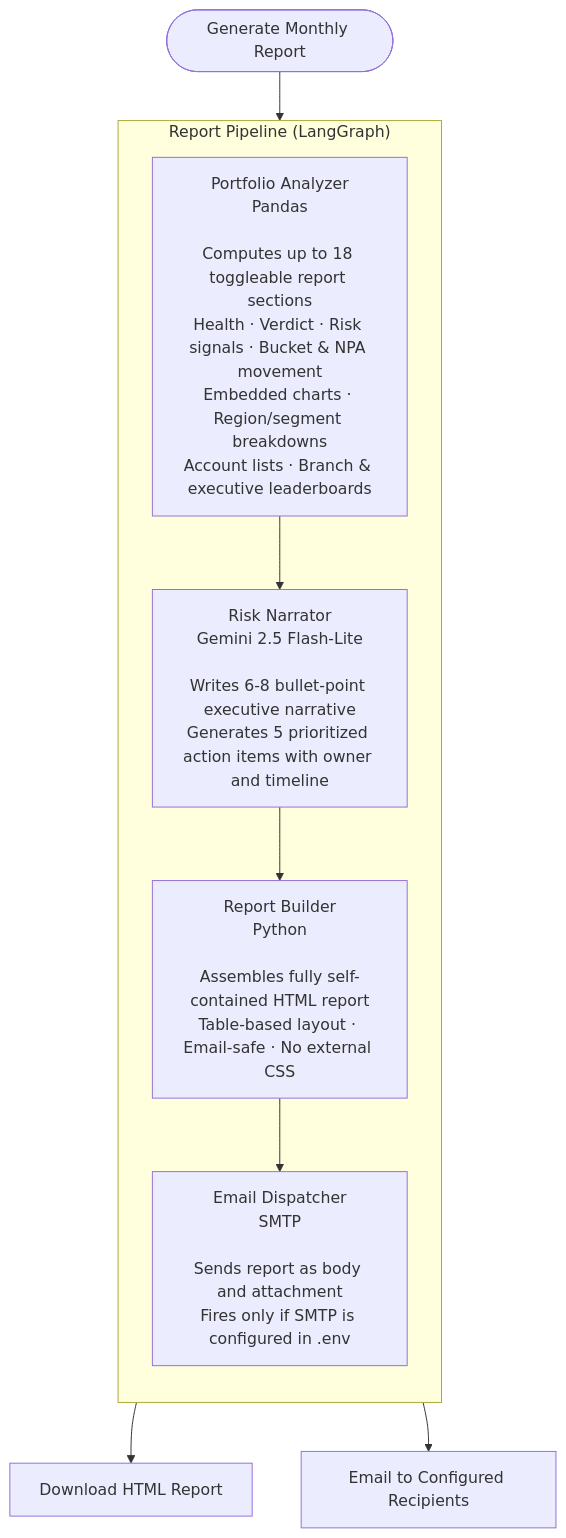
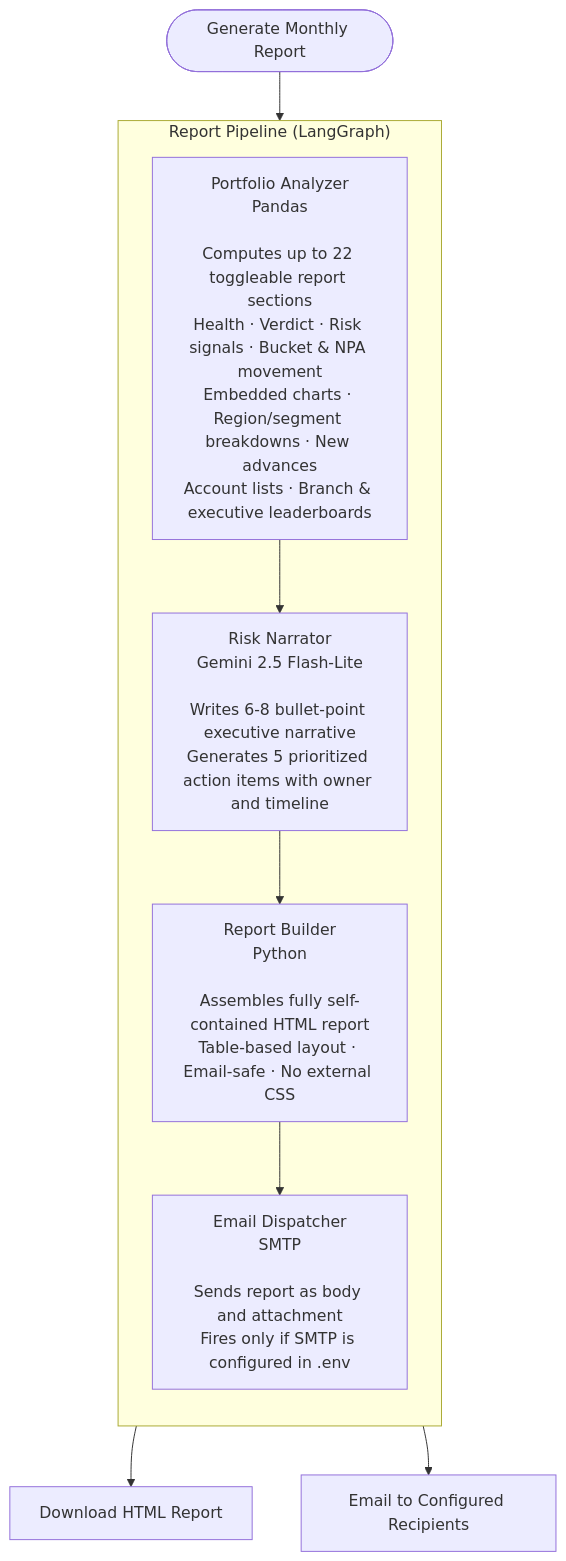
One commit to Sanjay-00/CollectionIQ changed the second of 3 diagrams in README.md. Above: the diagram before and after it, drawn with Mermaid. The commit also changed other lines of this file and 3 other files, not shown here.

Commit message:
Docs: update README to 22 report sections and added CLAUDE.md to gitignore

````diff
--- a/README.md
+++ b/README.md
@@ -285,18 +285,18 @@
 ```mermaid
 flowchart TD
     Trigger(["Generate Monthly Report"])
 
     Trigger --> PA
 
     subgraph RP ["  Report Pipeline  (LangGraph)  "]
         direction TB
-        PA["Portfolio Analyzer\nPandas\n\nComputes up to 18 toggleable report sections\nHealth · Verdict · Risk signals · Bucket & NPA movement\nEmbedded charts · Region/segment breakdowns\nAccount lists · Branch & executive leaderboards"]
+        PA["Portfolio Analyzer\nPandas\n\nComputes up to 22 toggleable report sections\nHealth · Verdict · Risk signals · Bucket & NPA movement\nEmbedded charts · Region/segment breakdowns · New advances\nAccount lists · Branch & executive leaderboards"]
         RN["Risk Narrator\nGemini 2.5 Flash-Lite\n\nWrites 6-8 bullet-point executive narrative\nGenerates 5 prioritized action items with owner and timeline"]
         RB["Report Builder\nPython\n\nAssembles fully self-contained HTML report\nTable-based layout · Email-safe · No external CSS"]
         ED["Email Dispatcher\nSMTP\n\nSends report as body and attachment\nFires only if SMTP is configured in .env"]
         PA --> RN --> RB --> ED
     end
 
     RB --> DL["Download HTML Report"]
     ED --> EM["Email to Configured Recipients"]
 ```
````
